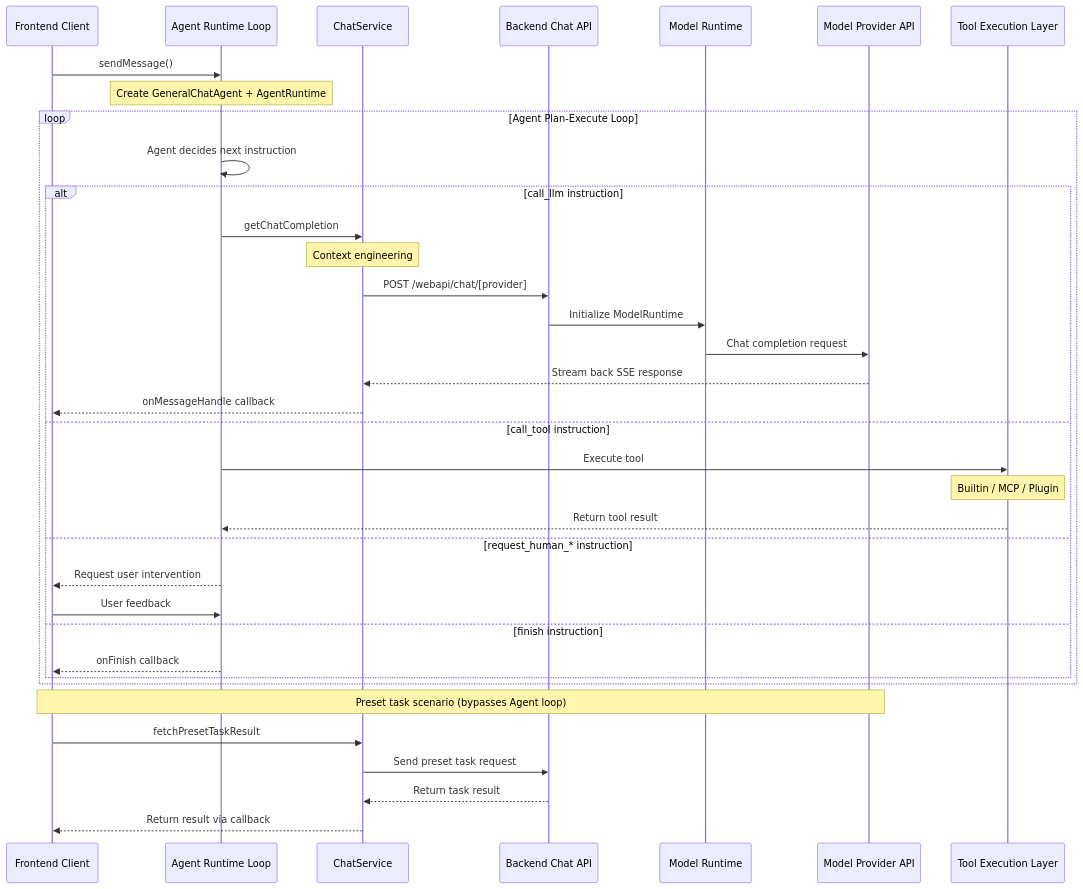
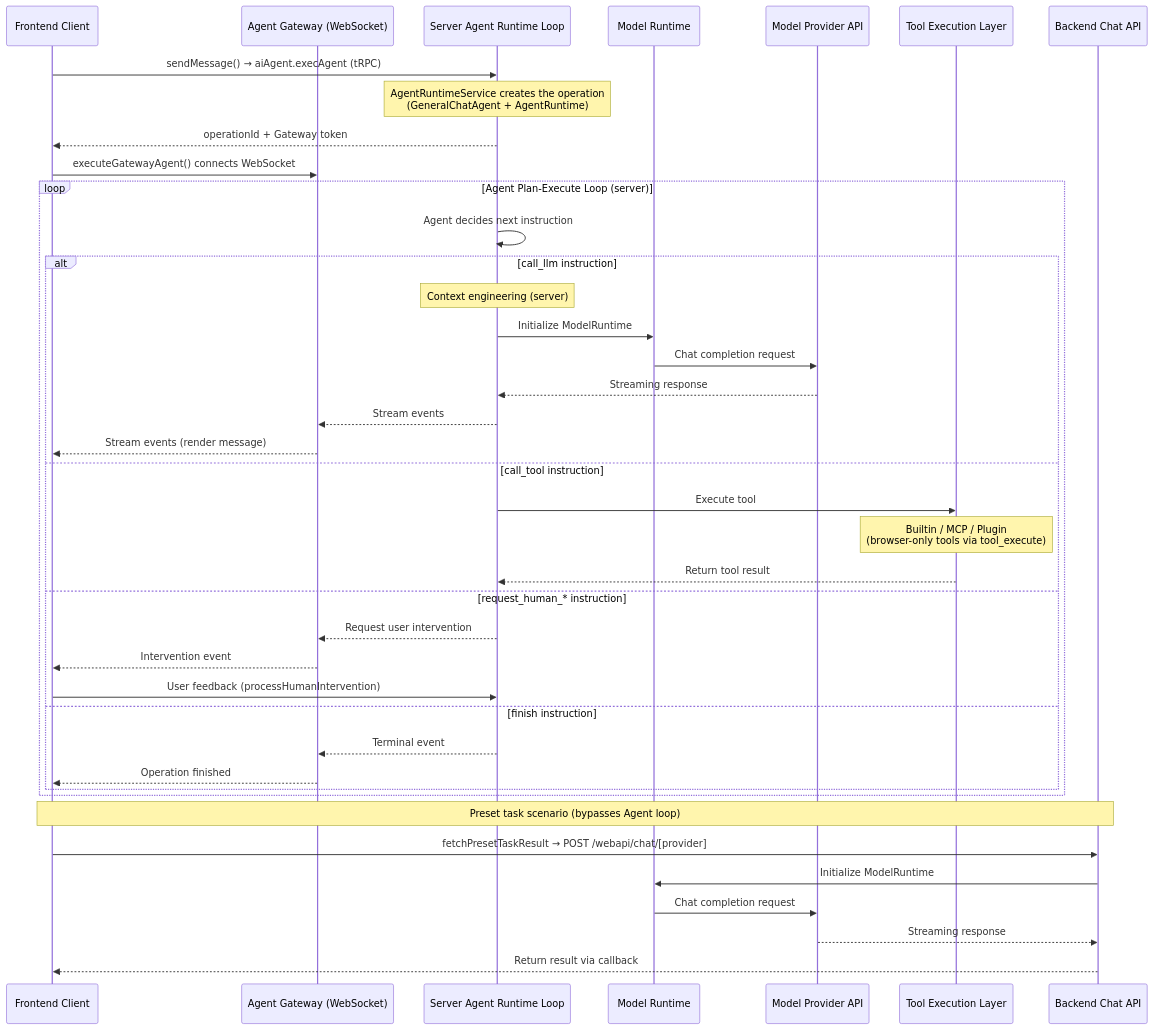
The diagram in docs/development/basic/chat-api.mdx (lobehub/lobe-chat), drawn with Mermaid before and after one commit. The commit also changed other lines of this file and 174 other files, not shown here.

First line of the commit message:
🔥 refactor(agent-runtime): remove the browser client runtime

````diff
--- a/docs/development/basic/chat-api.mdx
+++ b/docs/development/basic/chat-api.mdx
@@ -35,45 +35,49 @@
 ```mermaid
 sequenceDiagram
     participant Client as Frontend Client
-    participant AgentLoop as Agent Runtime Loop
-    participant ChatService as ChatService
-    participant ChatAPI as Backend Chat API
+    participant Gateway as Agent Gateway (WebSocket)
+    participant AgentLoop as Server Agent Runtime Loop
     participant ModelRuntime as Model Runtime
     participant ModelProvider as Model Provider API
     participant ToolExecution as Tool Execution Layer
+    participant ChatAPI as Backend Chat API
 
-    Client->>AgentLoop: sendMessage()
-    Note over AgentLoop: Create GeneralChatAgent + AgentRuntime
+    Client->>AgentLoop: sendMessage() → aiAgent.execAgent (tRPC)
+    Note over AgentLoop: AgentRuntimeService creates the operation<br/>(GeneralChatAgent + AgentRuntime)
+    AgentLoop-->>Client: operationId + Gateway token
+    Client->>Gateway: executeGatewayAgent() connects WebSocket
 
-    loop Agent Plan-Execute Loop
+    loop Agent Plan-Execute Loop (server)
         AgentLoop->>AgentLoop: Agent decides next instruction
 
         alt call_llm instruction
-            AgentLoop->>ChatService: getChatCompletion
-            Note over ChatService: Context engineering
-            ChatService->>ChatAPI: POST /webapi/chat/[provider]
-            ChatAPI->>ModelRuntime: Initialize ModelRuntime
+            Note over AgentLoop: Context engineering (server)
+            AgentLoop->>ModelRuntime: Initialize ModelRuntime
             ModelRuntime->>ModelProvider: Chat completion request
-            ModelProvider-->>ChatService: Stream back SSE response
-            ChatService-->>Client: onMessageHandle callback
+            ModelProvider-->>AgentLoop: Streaming response
+            AgentLoop-->>Gateway: Stream events
+            Gateway-->>Client: Stream events (render message)
 
         else call_tool instruction
             AgentLoop->>ToolExecution: Execute tool
-            Note over ToolExecution: Builtin / MCP / Plugin
+            Note over ToolExecution: Builtin / MCP / Plugin<br/>(browser-only tools via tool_execute)
             ToolExecution-->>AgentLoop: Return tool result
 
         else request_human_* instruction
-            AgentLoop-->>Client: Request user intervention
-            Client->>AgentLoop: User feedback
+            AgentLoop-->>Gateway: Request user intervention
+            Gateway-->>Client: Intervention event
+            Client->>AgentLoop: User feedback (processHumanIntervention)
 
         else finish instruction
-            AgentLoop-->>Client: onFinish callback
+            AgentLoop-->>Gateway: Terminal event
+            Gateway-->>Client: Operation finished
         end
     end
 
-    Note over Client,ModelProvider: Preset task scenario (bypasses Agent loop)
-    Client->>ChatService: fetchPresetTaskResult
-    ChatService->>ChatAPI: Send preset task request
-    ChatAPI-->>ChatService: Return task result
-    ChatService-->>Client: Return result via callback
+    Note over Client,ChatAPI: Preset task scenario (bypasses Agent loop)
+    Client->>ChatAPI: fetchPresetTaskResult → POST /webapi/chat/[provider]
+    ChatAPI->>ModelRuntime: Initialize ModelRuntime
+    ModelRuntime->>ModelProvider: Chat completion request
+    ModelProvider-->>ChatAPI: Streaming response
+    ChatAPI-->>Client: Return result via callback
 ```
````
